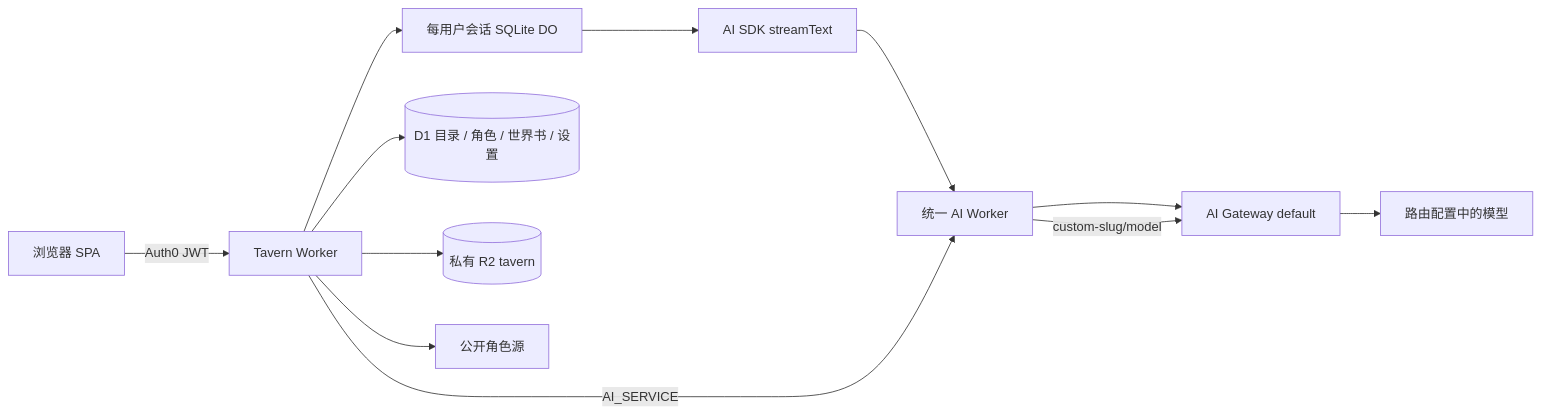
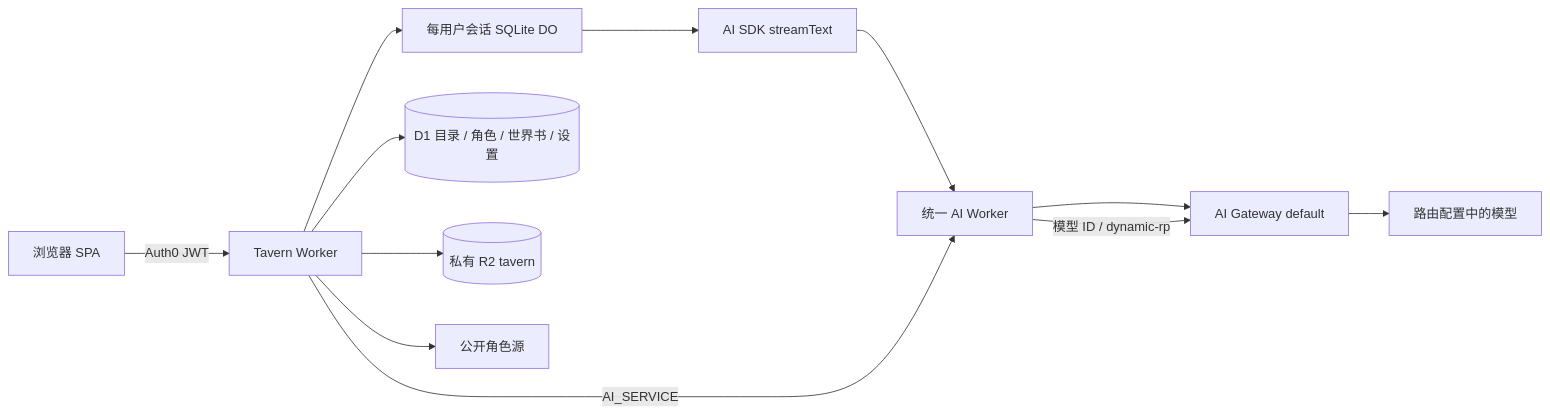
One commit to hasbai/hasbai changed the diagram in docs/tavern/ARCHITECTURE.md. Above: the diagram before and after it, drawn with Mermaid. The commit also changed other lines of this file and 140 other files, not shown here.

````diff
--- a/docs/tavern/ARCHITECTURE.md
+++ b/docs/tavern/ARCHITECTURE.md
@@ -55,14 +55,14 @@
 ```mermaid
 flowchart LR
   Browser[浏览器 SPA] -->|Auth0 JWT| Worker[Tavern Worker]
   Worker --> DO[每用户会话 SQLite DO]
   DO --> SDK[AI SDK streamText]
     SDK --> AI[统一 AI Worker]
     AI --> Gateway
   Worker --> DB[(D1 目录 / 角色 / 世界书 / 设置)]
   Worker --> Files[(私有 R2 tavern)]
   Worker --> Sources[公开角色源]
   Worker -->|AI_SERVICE| AI
-  AI -->|custom-slug/model| Gateway[AI Gateway default]
+  AI -->|模型 ID / dynamic-rp| Gateway[AI Gateway default]
   Gateway --> Model[路由配置中的模型]
 ```
````
